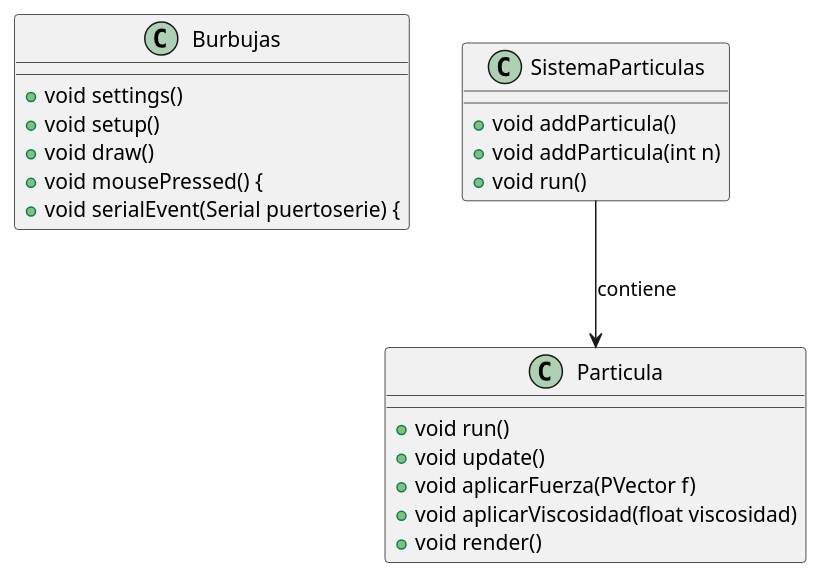
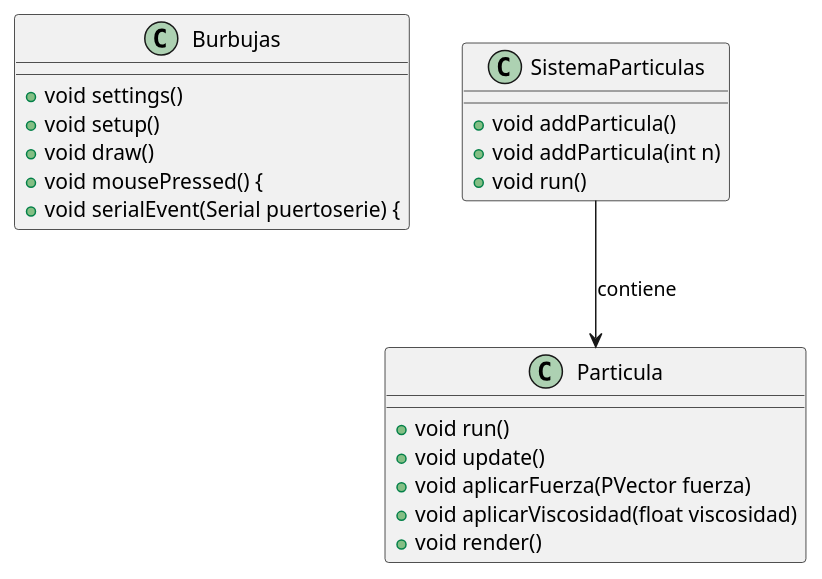
One commit to uma-dte-docencia/burbujas changed the diagram in doc/classes_diagram.puml. Above: the diagram before and after it, drawn with PlantUML. The commit also changed 2 other files, not shown here.

```diff
--- a/doc/classes_diagram.puml
+++ b/doc/classes_diagram.puml
@@ -1,29 +1,29 @@
-@startuml clases_processing
+@startuml classes_processing
 
 ' Declaración de las clases en Processing
 class Burbujas {
     +void settings()
     +void setup()
     +void draw()
     +void mousePressed() {
     +void serialEvent(Serial puertoserie) {
 }
 
 class Particula {
     +void run()
     +void update()
-    +void aplicarFuerza(PVector f)
+    +void aplicarFuerza(PVector fuerza)
     +void aplicarViscosidad(float viscosidad)
     +void render()
 }
 
 class SistemaParticulas {
     +void addParticula()
     +void addParticula(int n)
     +void run()
 }
 
 ' Relaciones entre las clases
 SistemaParticulas --> Particula : contiene
 
 @enduml
```
